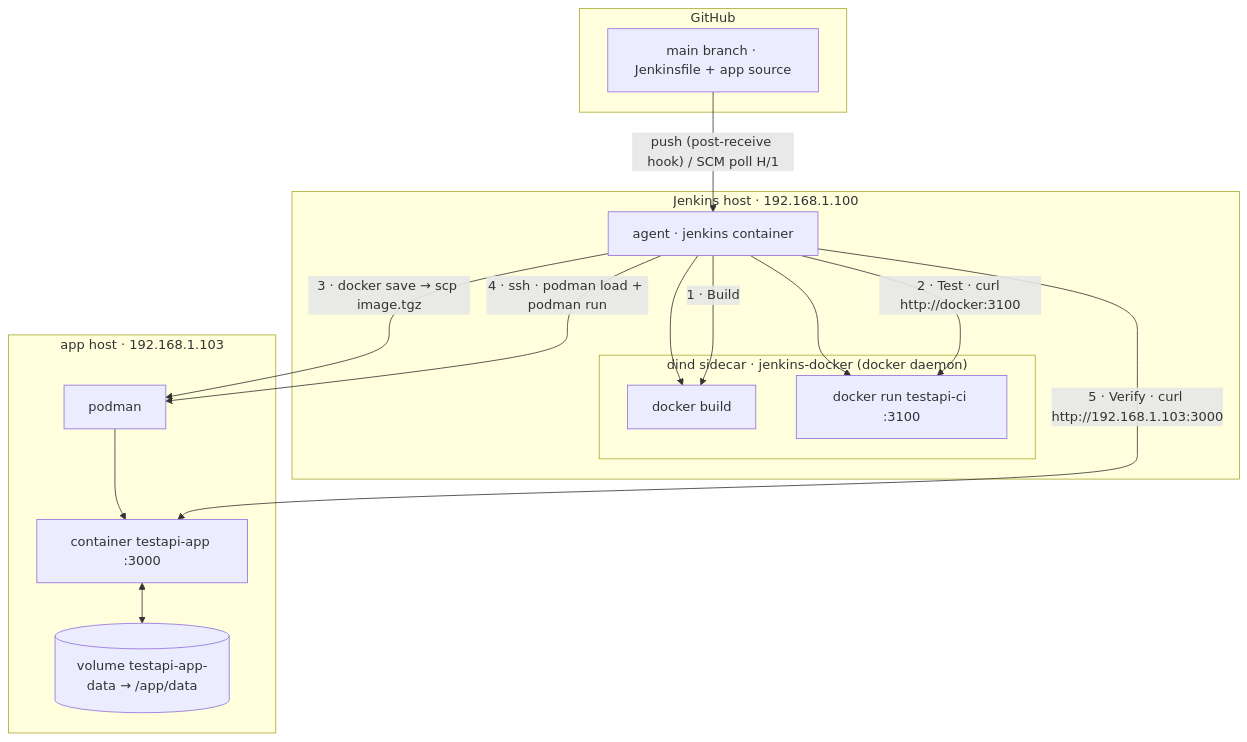
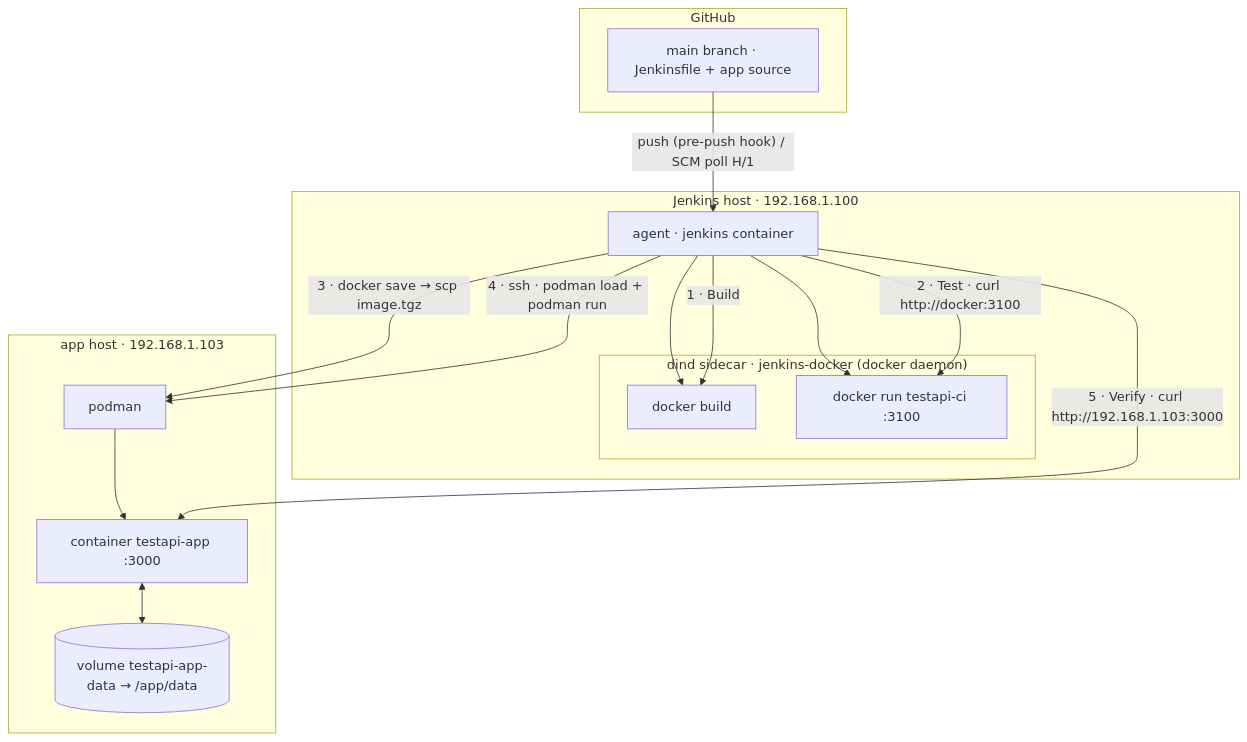
Before and after one commit to mcropsey/testapi-app: the diagram in CICD.md, drawn with Mermaid. The commit also changed other lines of this file, not shown here.

Commit message:
CICD.md: pre-push hook in diagram; DAST skip behaviour + registry ownership

````diff
--- a/CICD.md
+++ b/CICD.md
@@ -25,31 +25,31 @@
 ```mermaid
 flowchart TD
   subgraph GH["GitHub"]
     SRC["main branch · Jenkinsfile + app source"]
   end
 
   subgraph JK["Jenkins host · 192.168.1.100"]
     AGENT["agent · jenkins container"]
     subgraph DIND["dind sidecar · jenkins-docker (docker daemon)"]
       BUILD["docker build"]
       RUN["docker run testapi-ci :3100"]
     end
     AGENT --> BUILD
     AGENT --> RUN
   end
 
   subgraph APP["app host · 192.168.1.103"]
     POD["podman"]
     CONT["container testapi-app :3000"]
     VOL[("volume testapi-app-data → /app/data")]
     POD --> CONT
     CONT <--> VOL
   end
 
-  SRC -->|"push (post-receive hook) / SCM poll H/1"| AGENT
+  SRC -->|"push (pre-push hook) / SCM poll H/1"| AGENT
   AGENT -->|"1 · Build"| BUILD
   AGENT -->|"2 · Test · curl http://docker:3100"| RUN
   AGENT -->|"3 · docker save → scp image.tgz"| POD
   AGENT -->|"4 · ssh · podman load + podman run"| POD
   AGENT -->|"5 · Verify · curl http://192.168.1.103:3000"| CONT
 ```
````
